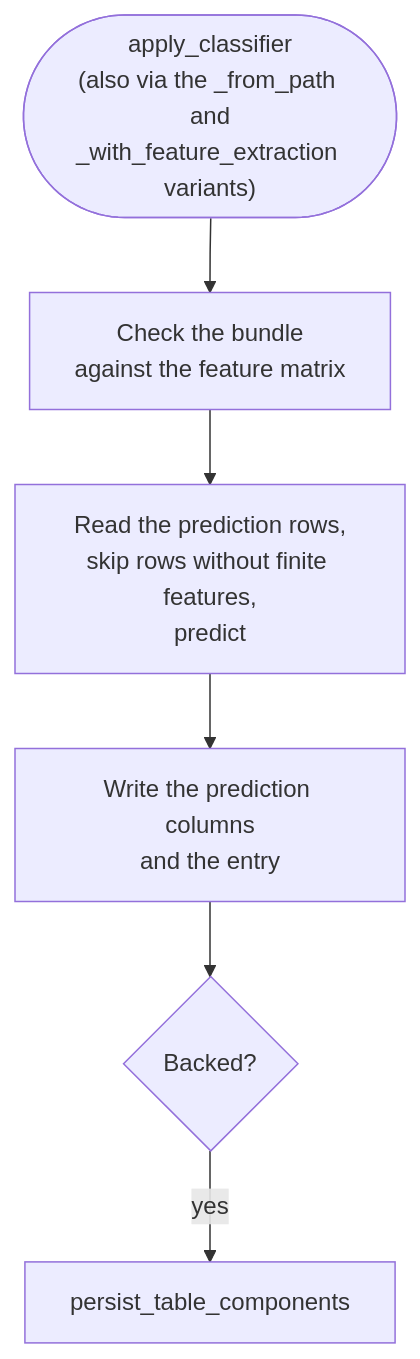
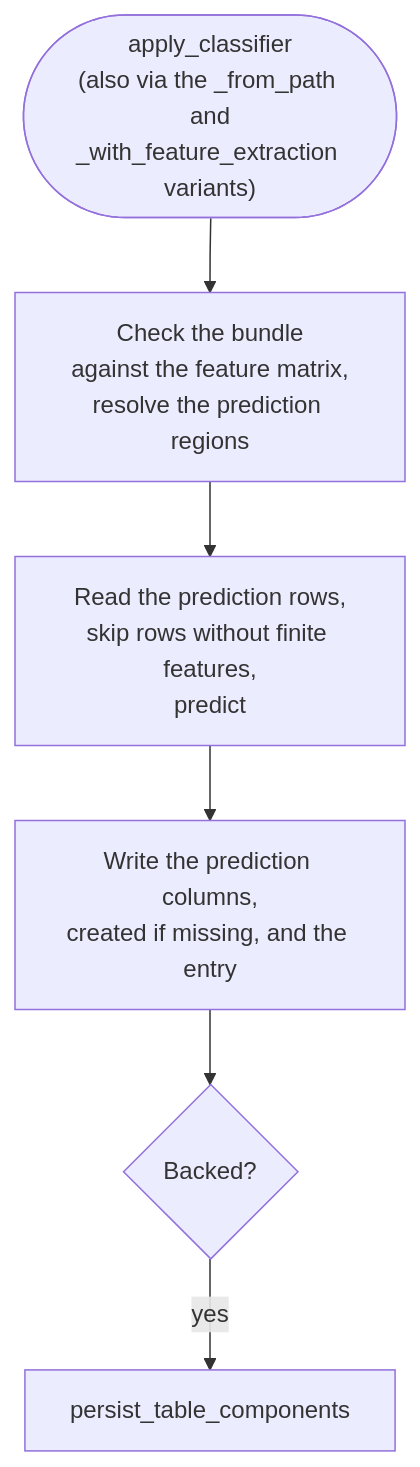
Before and after one commit to vibspatial/spatiato: the second of 2 diagrams in docs/development/classifier.md, drawn with Mermaid. The commit also changed other lines of this file, not shown here.

````diff
--- a/docs/development/classifier.md
+++ b/docs/development/classifier.md
@@ -99,8 +110,8 @@
 ```mermaid
 flowchart TD
-    h_entry(["apply_classifier<br/>(also via the _from_path and<br/>_with_feature_extraction variants)"]) --> h_check["Check the bundle<br/>against the feature matrix"]
+    h_entry(["apply_classifier<br/>(also via the _from_path and<br/>_with_feature_extraction variants)"]) --> h_check["Check the bundle<br/>against the feature matrix,<br/>resolve the prediction regions"]
     h_check --> h_predict["Read the prediction rows,<br/>skip rows without finite features,<br/>predict"]
-    h_predict --> h_write["Write the prediction columns<br/>and the entry"]
+    h_predict --> h_write["Write the prediction columns,<br/>created if missing, and the entry"]
     h_write --> h_backed{"Backed?"}
     h_backed -- yes --> h_persist["persist_table_components"]
 ```
````
